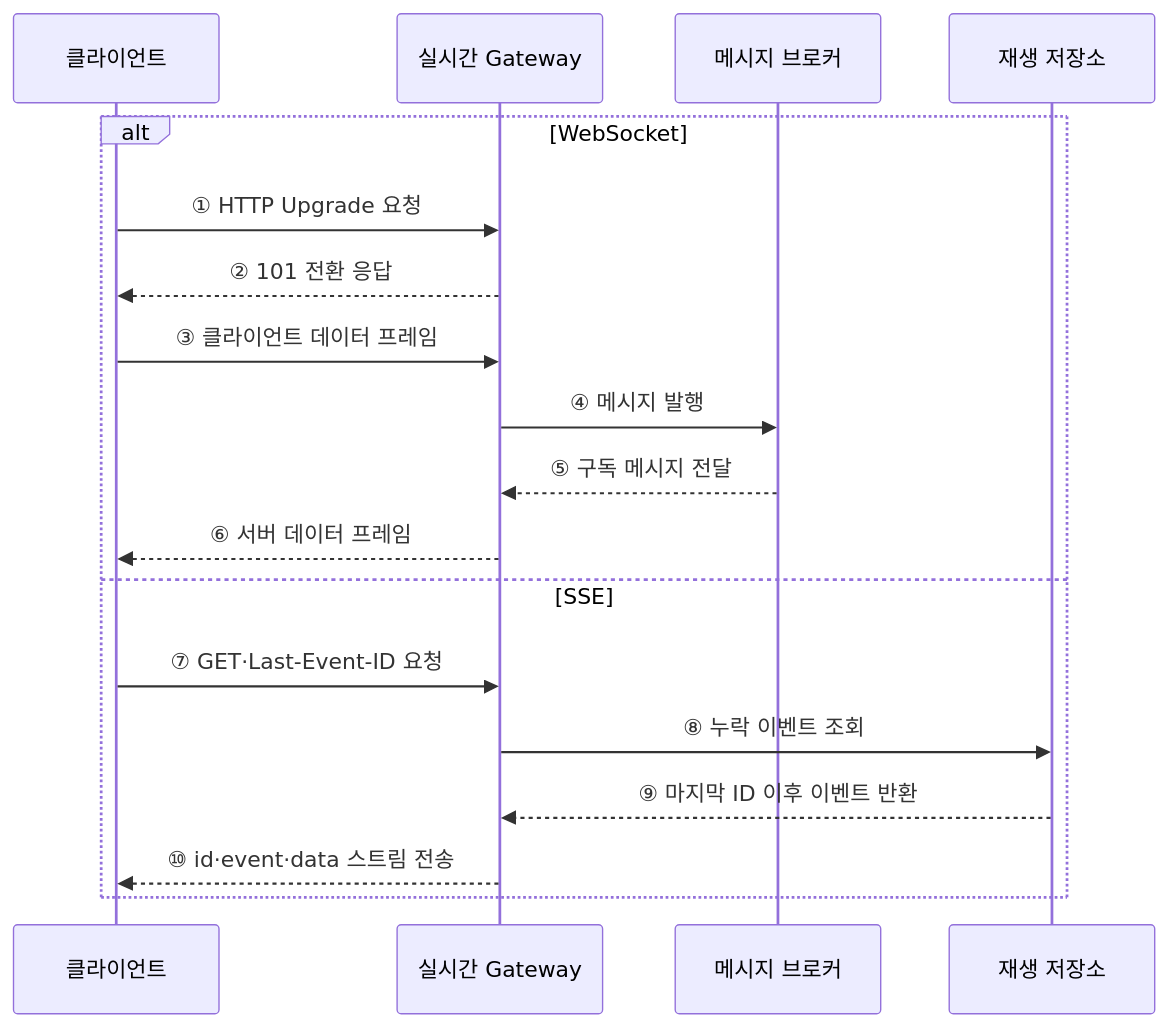
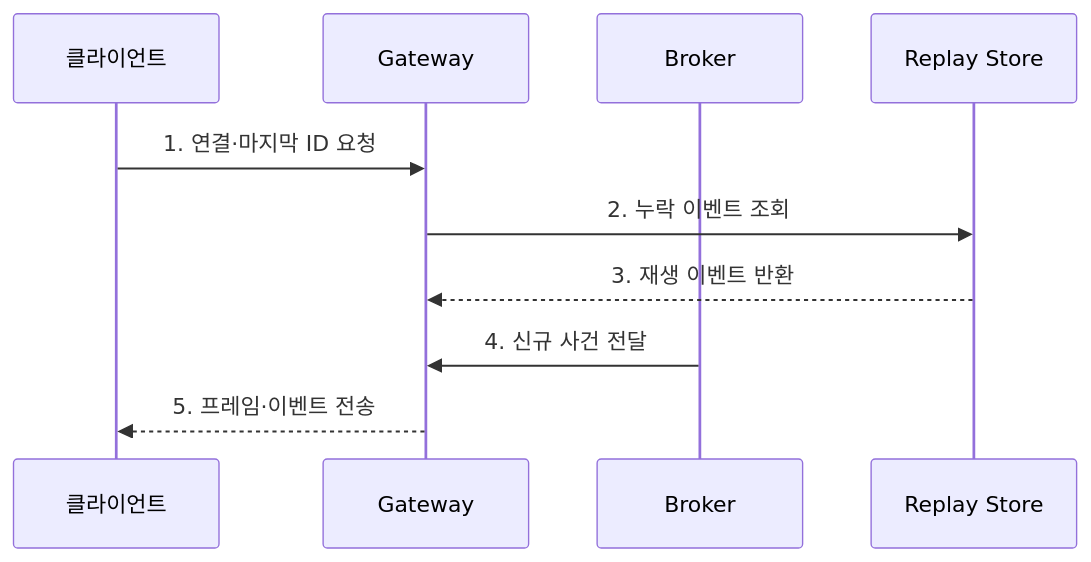
One commit to agnusdei1207/knowledge-base changed the second of 2 diagrams in src/content/docs/notes/03-software/178_websocket_sse.md. Above: the diagram before and after it, drawn with Mermaid. The commit also changed other lines of this file and 20 other files, not shown here.

````diff
--- a/src/content/docs/notes/03-software/178_websocket_sse.md
+++ b/src/content/docs/notes/03-software/178_websocket_sse.md
@@ -72,20 +83,12 @@
 ```mermaid
 sequenceDiagram
     participant C as 클라이언트
-    participant G as 실시간 Gateway
-    participant B as 메시지 브로커
-    participant R as 재생 저장소
-    alt WebSocket
-        C->>G: ① HTTP Upgrade 요청
-        G-->>C: ② 101 전환 응답
-        C->>G: ③ 클라이언트 데이터 프레임
-        G->>B: ④ 메시지 발행
-        B-->>G: ⑤ 구독 메시지 전달
-        G-->>C: ⑥ 서버 데이터 프레임
-    else SSE
-        C->>G: ⑦ GET·Last-Event-ID 요청
-        G->>R: ⑧ 누락 이벤트 조회
-        R-->>G: ⑨ 마지막 ID 이후 이벤트 반환
-        G-->>C: ⑩ id·event·data 스트림 전송
-    end
+    participant G as Gateway
+    participant B as Broker
+    participant R as Replay Store
+    C->>G: 1. 연결·마지막 ID 요청
+    G->>R: 2. 누락 이벤트 조회
+    R-->>G: 3. 재생 이벤트 반환
+    B->>G: 4. 신규 사건 전달
+    G-->>C: 5. 프레임·이벤트 전송
 ```
````
